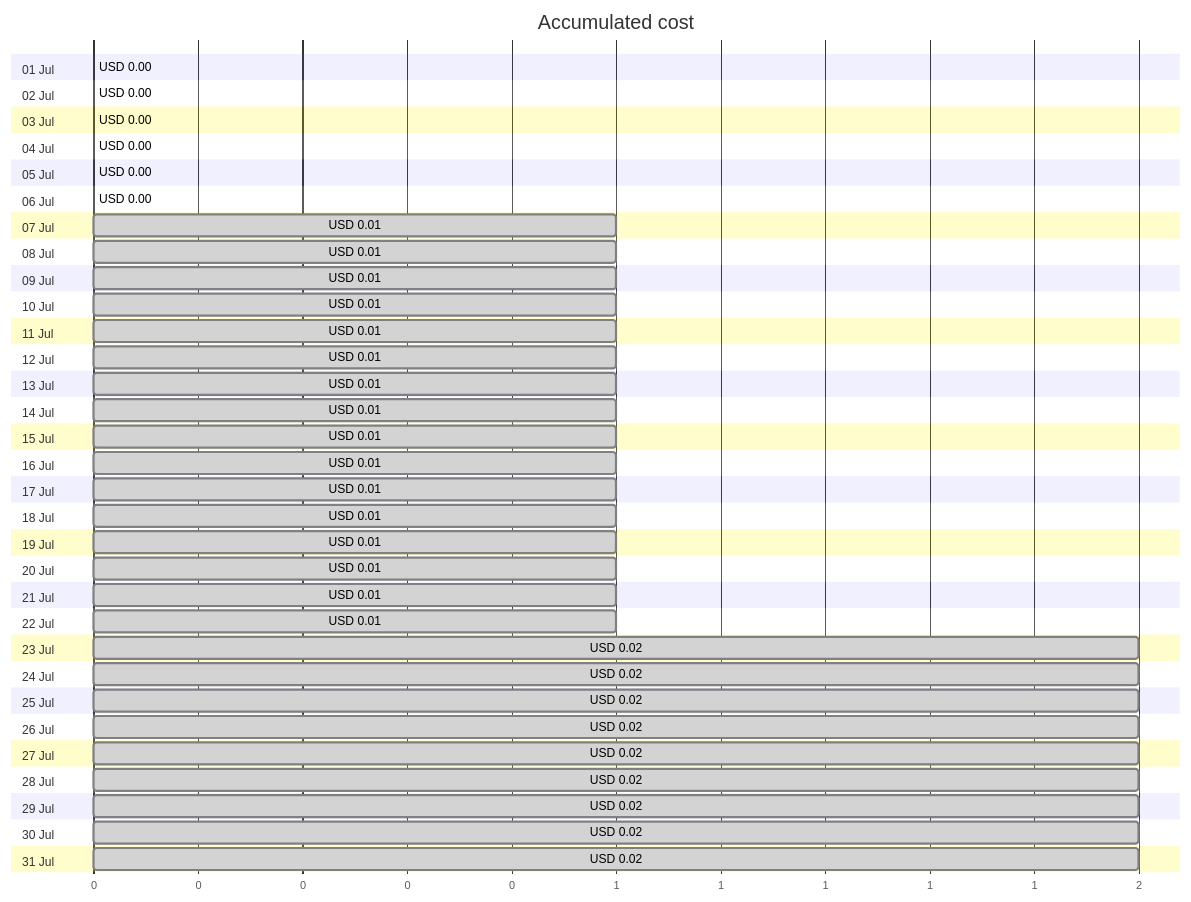
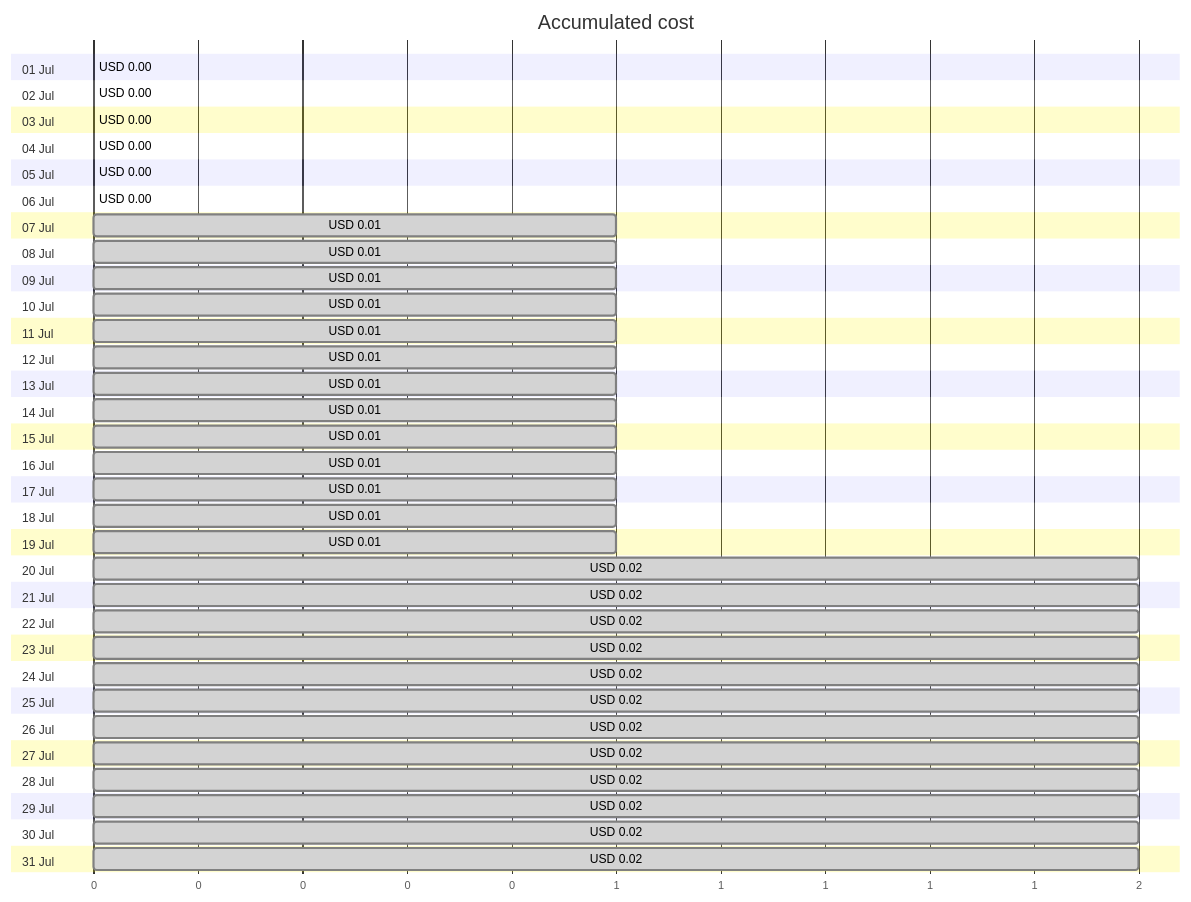
One commit to jpfulton/azure-personal-reports changed the first of 4 diagrams in cost-reports/personal-site/personalsiteapistorage.md. Above: the diagram before and after it, drawn with Mermaid. The commit also changed other lines of this file and 6 other files, not shown here.

````diff
--- a/cost-reports/personal-site/personalsiteapistorage.md
+++ b/cost-reports/personal-site/personalsiteapistorage.md
@@ -20,68 +20,68 @@
 ```mermaid
 gantt
    title Accumulated cost
    dateFormat  X
    axisFormat %s
    section 01 Jul
    USD 0.00 :0, 0
    section 02 Jul
-   USD 0.00 : done, 0, 0
+   USD 0.00 :0, 0
    section 03 Jul
    USD 0.00 : done, 0, 0
    section 04 Jul
    USD 0.00 : done, 0, 0
    section 05 Jul
    USD 0.00 : done, 0, 0
    section 06 Jul
    USD 0.00 : done, 0, 0
    section 07 Jul
    USD 0.01 : done, 0, 1
    section 08 Jul
    USD 0.01 : done, 0, 1
    section 09 Jul
    USD 0.01 : done, 0, 1
    section 10 Jul
    USD 0.01 : done, 0, 1
    section 11 Jul
    USD 0.01 : done, 0, 1
    section 12 Jul
    USD 0.01 : done, 0, 1
    section 13 Jul
    USD 0.01 : done, 0, 1
    section 14 Jul
    USD 0.01 : done, 0, 1
    section 15 Jul
    USD 0.01 : done, 0, 1
    section 16 Jul
    USD 0.01 : done, 0, 1
    section 17 Jul
    USD 0.01 : done, 0, 1
    section 18 Jul
    USD 0.01 : done, 0, 1
    section 19 Jul
    USD 0.01 : done, 0, 1
    section 20 Jul
-   USD 0.01 : done, 0, 1
+   USD 0.02 : done, 0, 2
    section 21 Jul
-   USD 0.01 : done, 0, 1
+   USD 0.02 : done, 0, 2
    section 22 Jul
-   USD 0.01 : done, 0, 1
+   USD 0.02 : done, 0, 2
    section 23 Jul
    USD 0.02 : done, 0, 2
    section 24 Jul
    USD 0.02 : done, 0, 2
    section 25 Jul
    USD 0.02 : done, 0, 2
    section 26 Jul
    USD 0.02 : done, 0, 2
    section 27 Jul
    USD 0.02 : done, 0, 2
    section 28 Jul
    USD 0.02 : done, 0, 2
    section 29 Jul
    USD 0.02 : done, 0, 2
    section 30 Jul
    USD 0.02 : done, 0, 2
    section 31 Jul
    USD 0.02 : done, 0, 2
 ```
````
